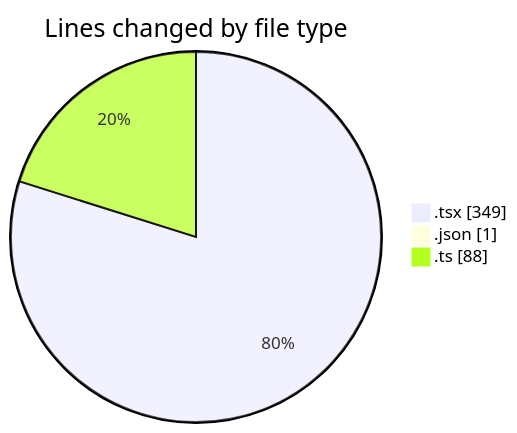
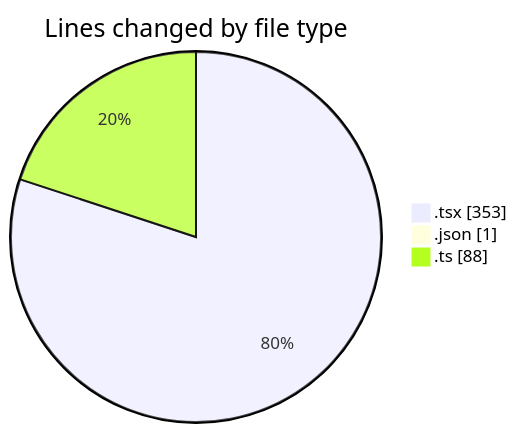
Before and after one commit to robertbonfada/code-tracking: the first of 2 diagrams in 2025-01-21/mbc-web/README.md, drawn with Mermaid. The commit also changed other lines of this file and 1 other file, not shown here.

````diff
--- a/2025-01-21/mbc-web/README.md
+++ b/2025-01-21/mbc-web/README.md
@@ -32,7 +32,7 @@
 ```mermaid
 pie showData
 title Lines changed by file type
-".tsx" : 349
+".tsx" : 353
 ".json" : 1
 ".ts" : 88
 ```
````
